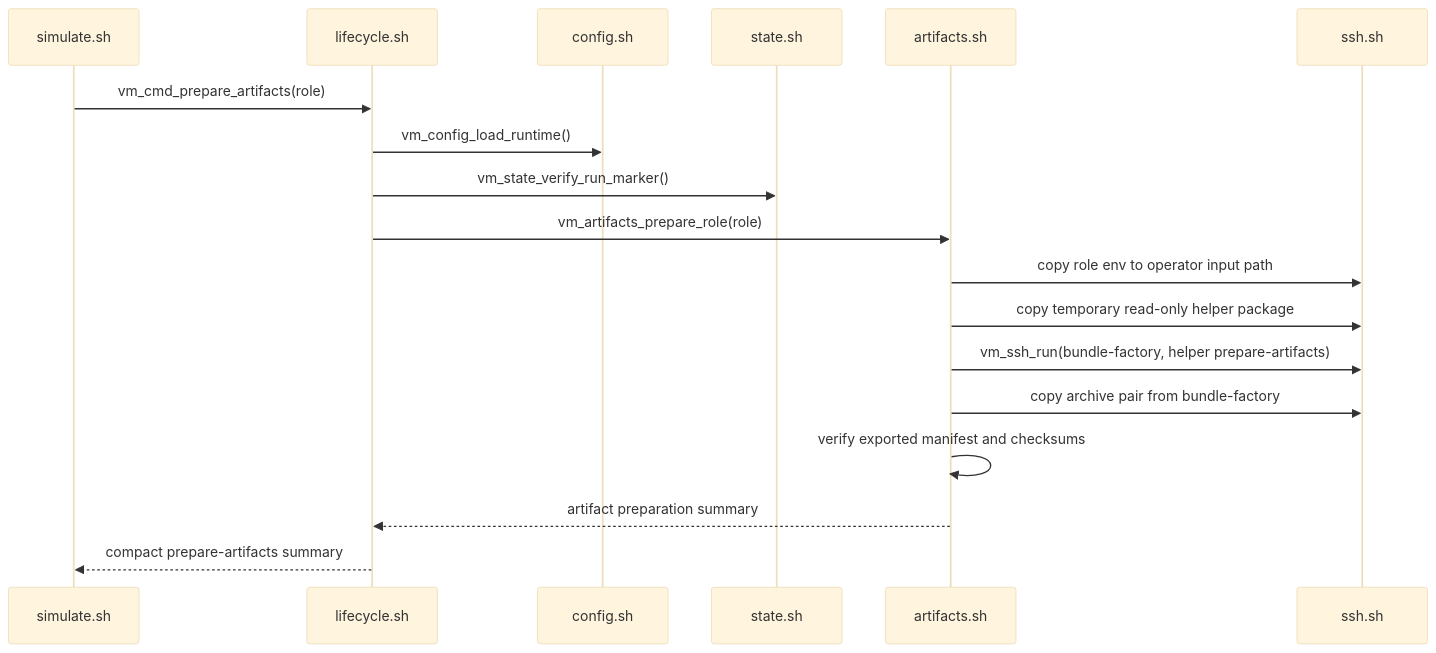
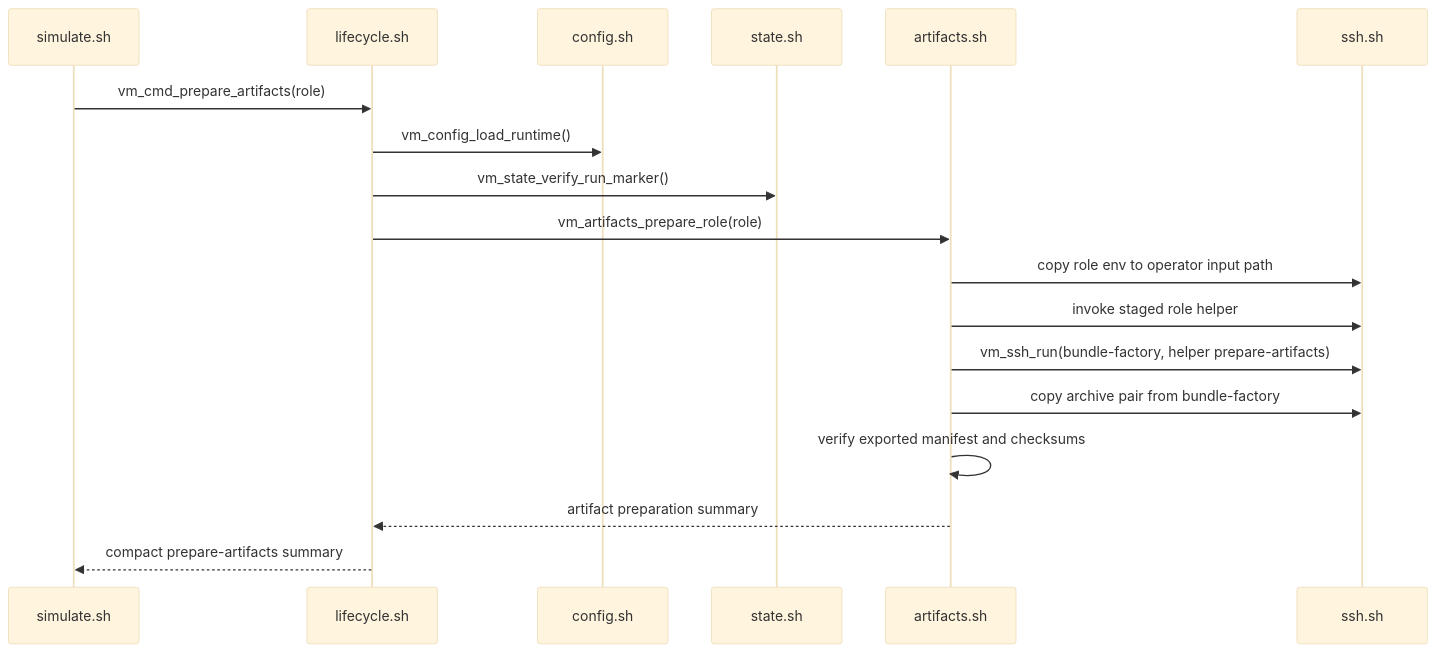
The seventh of 19 diagrams in simulation/vm/sequences.md (NoNine/loopforge), drawn with Mermaid (base theme) before and after one commit. The commit also changed 21 other files, not shown here.

First line of the commit message:
Define canonical role helper paths

````diff
--- a/simulation/vm/sequences.md
+++ b/simulation/vm/sequences.md
@@ -140,21 +140,21 @@
 ```mermaid
 sequenceDiagram
   participant CLI as simulate.sh
   participant LC as lifecycle.sh
   participant CFG as config.sh
   participant ST as state.sh
   participant ART as artifacts.sh
   participant SSH as ssh.sh
 
   CLI->>LC: vm_cmd_prepare_artifacts(role)
   LC->>CFG: vm_config_load_runtime()
   LC->>ST: vm_state_verify_run_marker()
   LC->>ART: vm_artifacts_prepare_role(role)
   ART->>SSH: copy role env to operator input path
-  ART->>SSH: copy temporary read-only helper package
+  ART->>SSH: invoke staged role helper
   ART->>SSH: vm_ssh_run(bundle-factory, helper prepare-artifacts)
   ART->>SSH: copy archive pair from bundle-factory
   ART->>ART: verify exported manifest and checksums
   ART-->>LC: artifact preparation summary
   LC-->>CLI: compact prepare-artifacts summary
 ```
````
